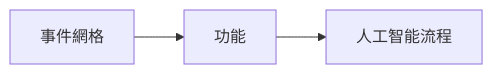
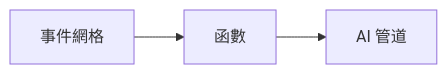
The second of 2 diagrams in translations/zh-HK/docs/chapter-08-production/README.md (microsoft/AZD-for-beginners), drawn with Mermaid before and after one commit. The commit also changed other lines of this file and 101 other files, not shown here.

````diff
--- a/translations/zh-HK/docs/chapter-08-production/README.md
+++ b/translations/zh-HK/docs/chapter-08-production/README.md
@@ -54,4 +56,4 @@
 ```mermaid
 graph LR
-    EventGrid[事件網格] --> Functions[功能] --> Pipeline[人工智能流程]
+    EventGrid[事件網格] --> Functions[函數] --> Pipeline[AI 管道]
 ```
````
